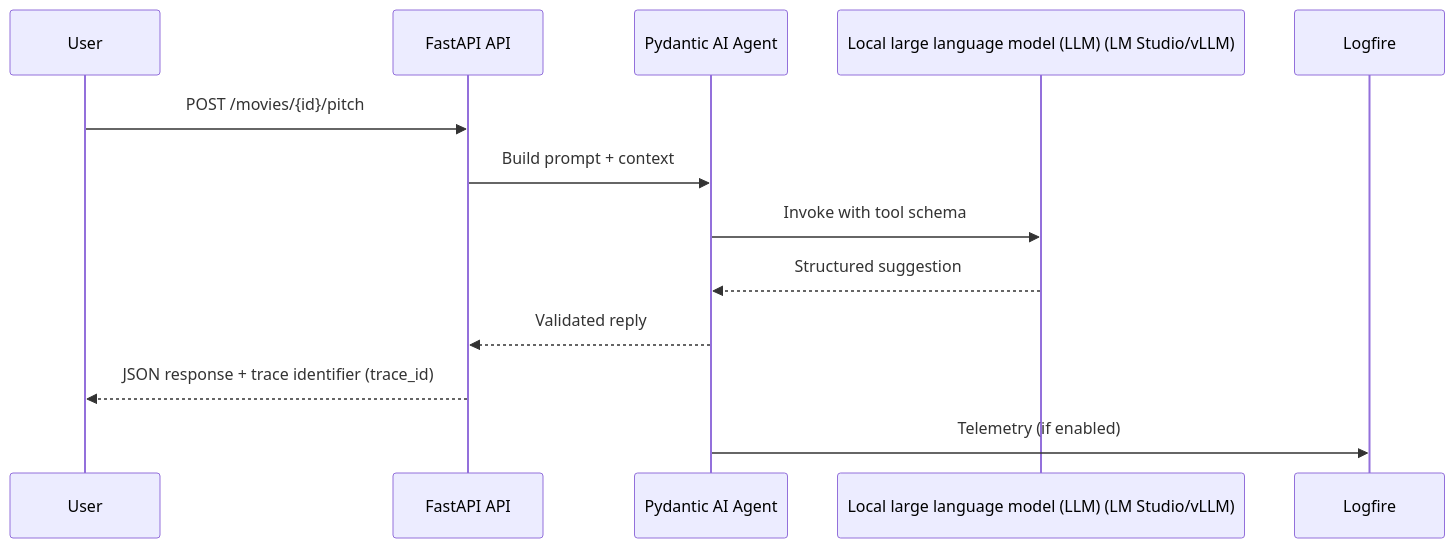
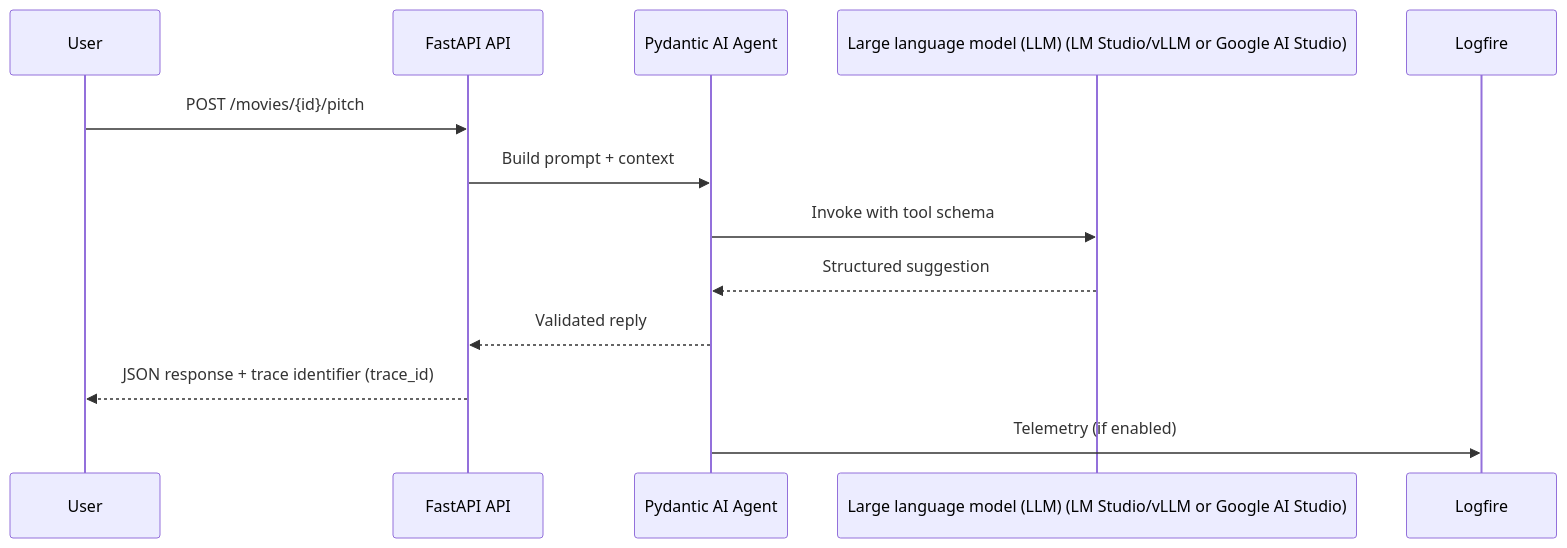
The diagram in docs/sessions/session-08.md (EASS-HIT-PART-A-2026-CLASS-IX/lecture-notes), drawn with Mermaid before and after one commit. The commit also changed other lines of this file and 6 other files, not shown here.

````diff
--- a/docs/sessions/session-08.md
+++ b/docs/sessions/session-08.md
@@ -166,16 +238,16 @@
 ```mermaid
 sequenceDiagram
     participant User
     participant API as FastAPI API
     participant Agent as Pydantic AI Agent
-    participant LLM as Local large language model (LLM) (LM Studio/vLLM)
+    participant LLM as Large language model (LLM) (LM Studio/vLLM or Google AI Studio)
     participant Logfire
 
     User->>API: POST /movies/{id}/pitch
     API->>Agent: Build prompt + context
     Agent->>LLM: Invoke with tool schema
     LLM-->>Agent: Structured suggestion
     Agent-->>API: Validated reply
     API-->>User: JSON response + trace identifier (trace_id)
     Agent->>Logfire: Telemetry (if enabled)
 ```
````
